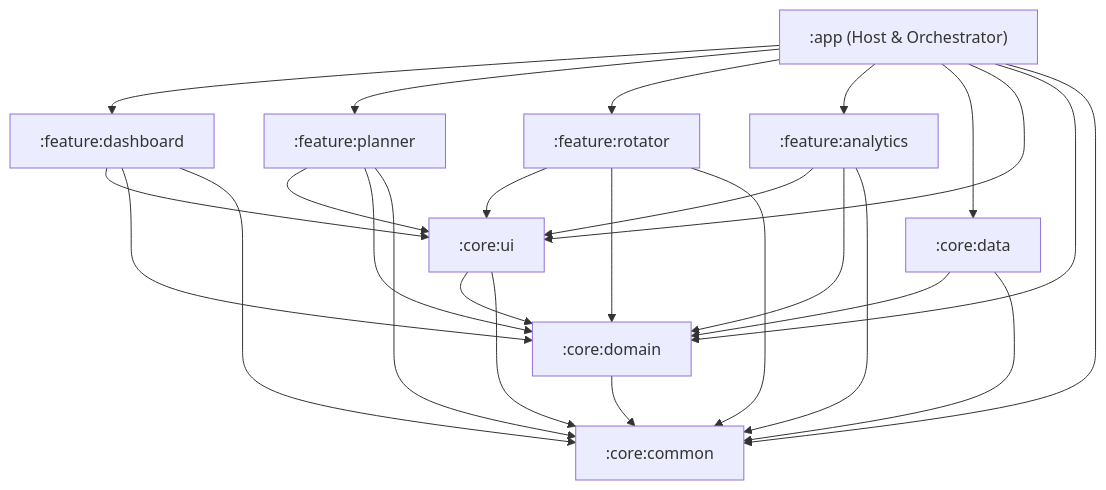
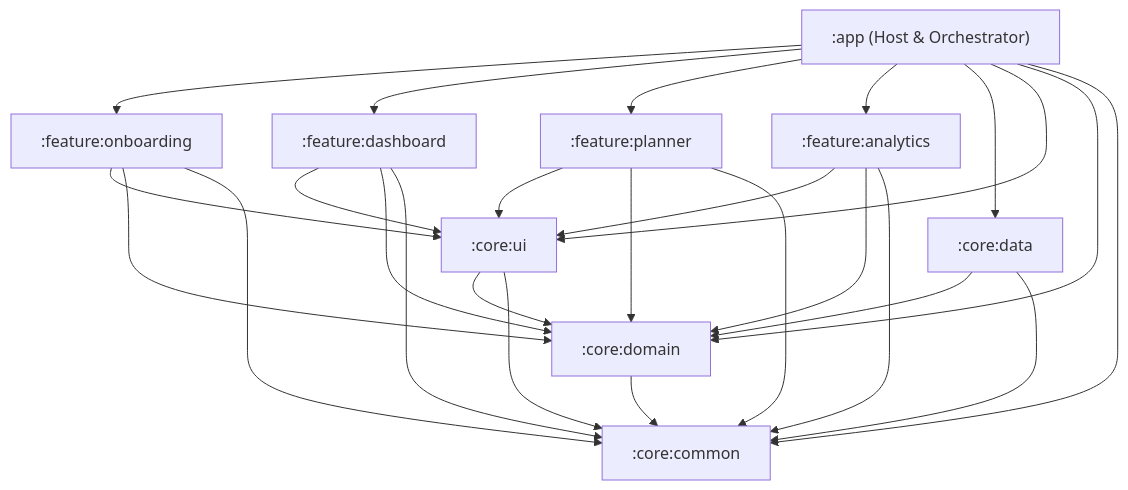
One commit to SafalFrom2050/SubCycler changed the diagram in ARCHITECTURE.md. Above: the diagram before and after it, drawn with Mermaid. The commit also changed other lines of this file and 104 other files, not shown here.

````diff
--- a/ARCHITECTURE.md
+++ b/ARCHITECTURE.md
@@ -34,45 +34,45 @@
 ```mermaid
 graph TD
     App[":app (Host & Orchestrator)"]
+    FeatureOnb[":feature:onboarding"]
     FeatureDash[":feature:dashboard"]
     FeaturePlan[":feature:planner"]
-    FeatureRot[":feature:rotator"]
     FeatureAna[":feature:analytics"]
     CoreUI[":core:ui"]
     CoreData[":core:data"]
     CoreDomain[":core:domain"]
     CoreCommon[":core:common"]
 
+    App --> FeatureOnb
     App --> FeatureDash
     App --> FeaturePlan
-    App --> FeatureRot
     App --> FeatureAna
     App --> CoreData
     App --> CoreUI
     App --> CoreDomain
     App --> CoreCommon
+
+    FeatureOnb --> CoreUI
+    FeatureOnb --> CoreDomain
+    FeatureOnb --> CoreCommon
 
     FeatureDash --> CoreUI
     FeatureDash --> CoreDomain
     FeatureDash --> CoreCommon
 
     FeaturePlan --> CoreUI
     FeaturePlan --> CoreDomain
     FeaturePlan --> CoreCommon
-
-    FeatureRot --> CoreUI
-    FeatureRot --> CoreDomain
-    FeatureRot --> CoreCommon
 
     FeatureAna --> CoreUI
     FeatureAna --> CoreDomain
     FeatureAna --> CoreCommon
 
     CoreUI --> CoreDomain
     CoreUI --> CoreCommon
 
     CoreData --> CoreDomain
     CoreData --> CoreCommon
 
     CoreDomain --> CoreCommon
 ```
````
